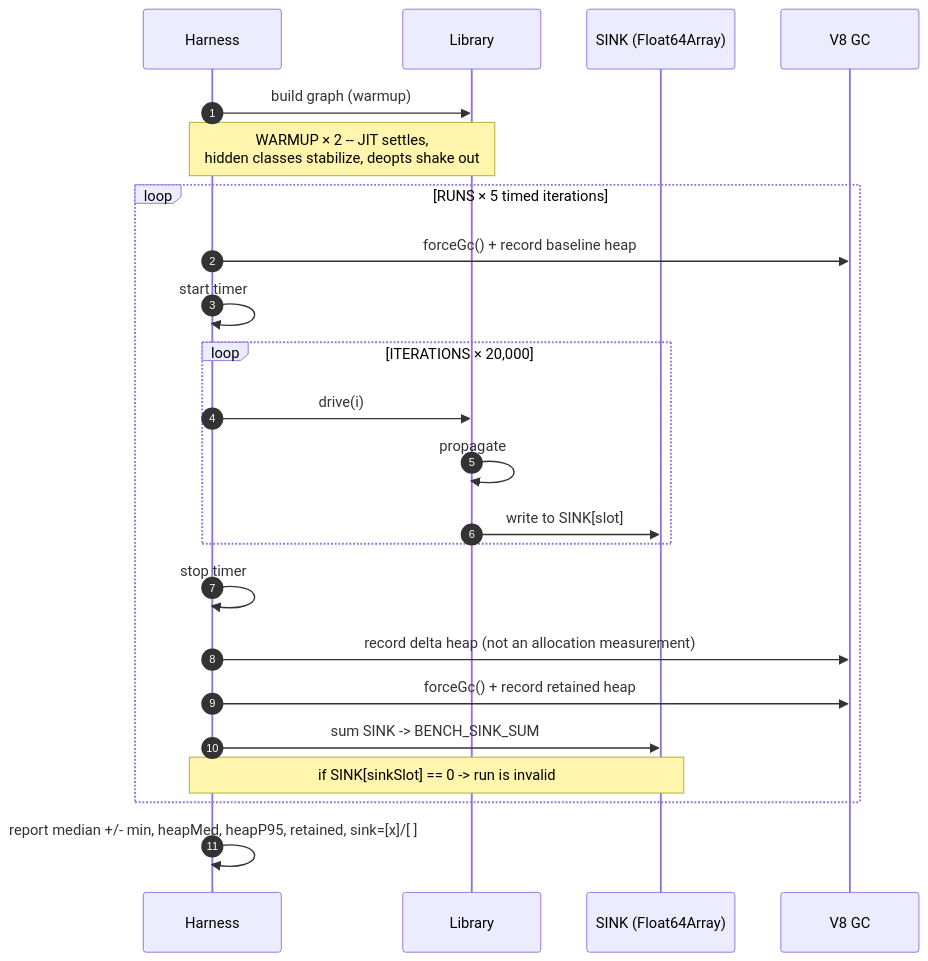
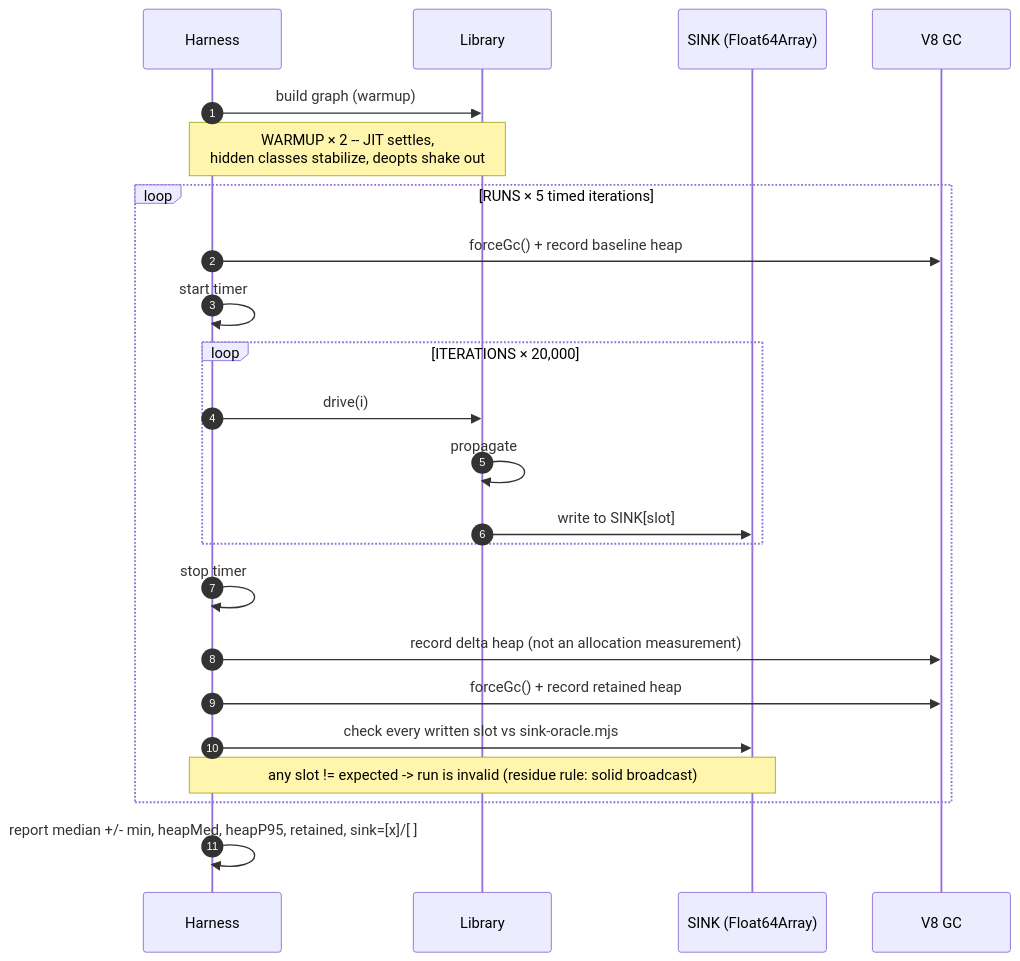
One commit to PeshoVurtoleta/lite-signal changed the first of 6 diagrams in bench/torture/README.md. Above: the diagram before and after it, drawn with Mermaid. The commit also changed other lines of this file and 10 other files, not shown here.

````diff
--- a/bench/torture/README.md
+++ b/bench/torture/README.md
@@ -27,28 +27,28 @@
 ```mermaid
 sequenceDiagram
     autonumber
     participant H as Harness
     participant L as Library
     participant S as SINK (Float64Array)
     participant V as V8 GC
 
     H->>L: build graph (warmup)
     Note over H,L: WARMUP × 2 -- JIT settles,<br/>hidden classes stabilize, deopts shake out
 
     loop RUNS × 5 timed iterations
         H->>V: forceGc() + record baseline heap
         H->>H: start timer
         loop ITERATIONS × 20,000
             H->>L: drive(i)
             L->>L: propagate
             L->>S: write to SINK[slot]
         end
         H->>H: stop timer
         H->>V: record delta heap (not an allocation measurement)
         H->>V: forceGc() + record retained heap
-        H->>S: sum SINK -> BENCH_SINK_SUM
-        Note over H,S: if SINK[sinkSlot] == 0 -> run is invalid
+        H->>S: check every written slot vs sink-oracle.mjs
+        Note over H,S: any slot != expected -> run is invalid (residue rule: solid broadcast)
     end
 
     H->>H: report median +/- min, heapMed, heapP95, retained, sink=[x]/[ ]
 ```
````
